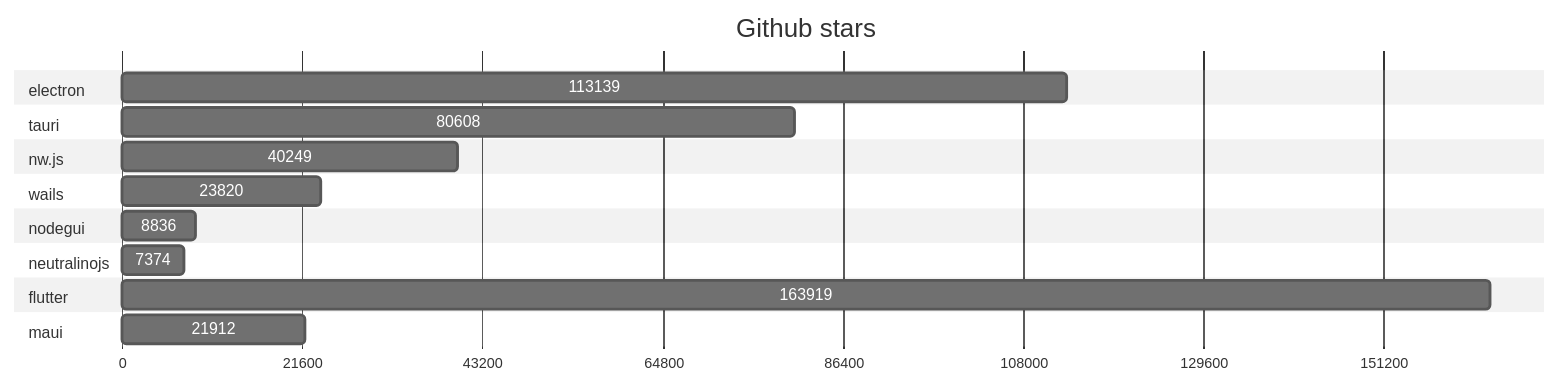
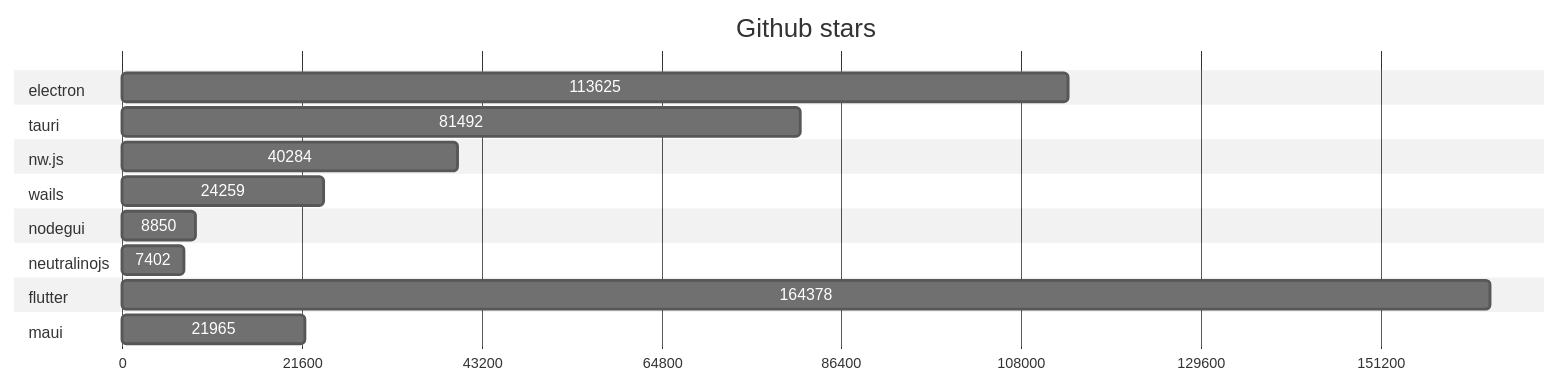
Before and after one commit to Elanis/web-to-desktop-framework-comparison: the first of 2 diagrams in GRAPHS.md, drawn with Mermaid (neutral theme). The commit also changed other lines of this file and 2 other files, not shown here.

Commit message:
Update stars & Fork

````diff
--- a/GRAPHS.md
+++ b/GRAPHS.md
@@ -5,40 +5,40 @@
 ```mermaid
 gantt
     title Github stars
     dateFormat  X
     axisFormat %s
 
 
 	section electron
-	113139 : 0, 113139
+	113625 : 0, 113625
 
 	
 	section tauri
-	80608 : 0, 80608
+	81492 : 0, 81492
 
 	
 	section nw.js
-	40249 : 0, 40249
+	40284 : 0, 40284
 
 	
 	section wails
-	23820 : 0, 23820
+	24259 : 0, 24259
 
 	
 	section nodegui
-	8836 : 0, 8836
+	8850 : 0, 8850
 
 	
 	section neutralinojs
-	7374 : 0, 7374
+	7402 : 0, 7402
 
 	
 	section flutter
-	163919 : 0, 163919
+	164378 : 0, 164378
 
 	
 	section maui
-	21912 : 0, 21912
+	21965 : 0, 21965
 
 	
 ```
````
